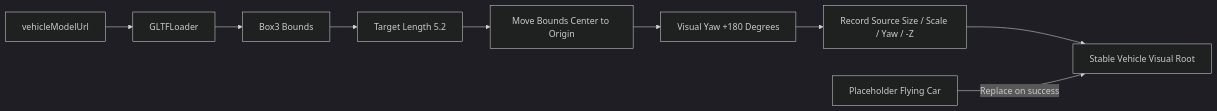
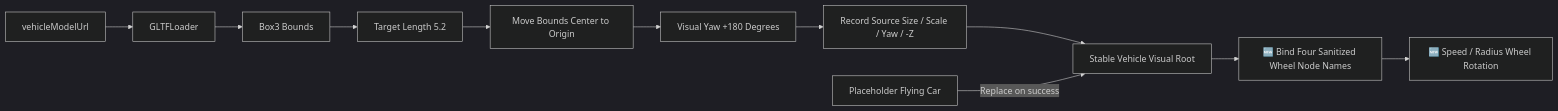
Before and after one commit to 64n-goxutech/shader-roam: the diagram in docs/dev/sunset-drive/model-integration.md, drawn with Mermaid (dark theme). The commit also changed other lines of this file and 17 other files, not shown here.

````diff
--- a/docs/dev/sunset-drive/model-integration.md
+++ b/docs/dev/sunset-drive/model-integration.md
@@ -18,11 +18,13 @@
 ```mermaid
 flowchart LR
     Config[vehicleModelUrl] --> Loader[GLTFLoader]
     Loader --> Bounds[Box3 Bounds]
     Bounds --> Scale[Target Length 5.2]
     Scale --> Center[Move Bounds Center to Origin]
     Center --> Yaw[Visual Yaw +180 Degrees]
     Yaw --> Metadata[Record Source Size / Scale / Yaw / -Z]
     Metadata --> Visual[Stable Vehicle Visual Root]
+    Visual --> WheelBinding[🆕 Bind Four Sanitized Wheel Node Names]
+    WheelBinding --> Spin[🆕 Speed / Radius Wheel Rotation]
     Fallback[Placeholder Flying Car] -->|Replace on success| Visual
 ```
````
